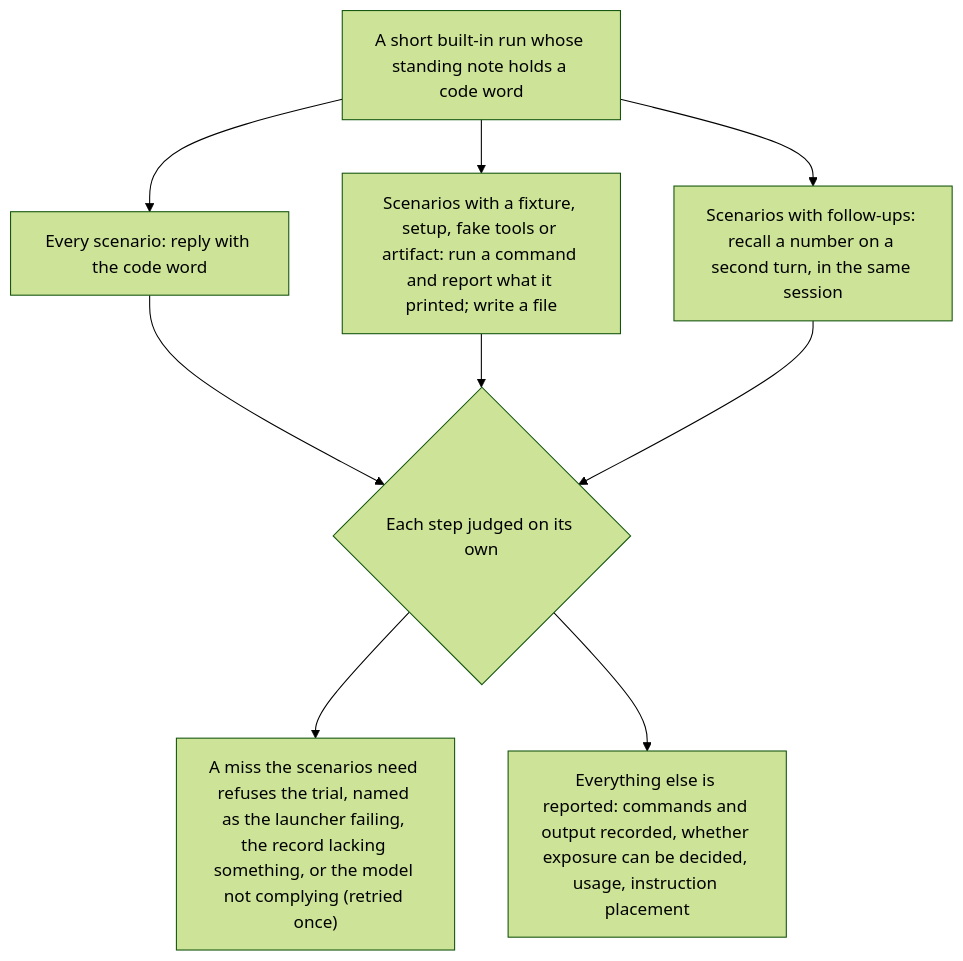
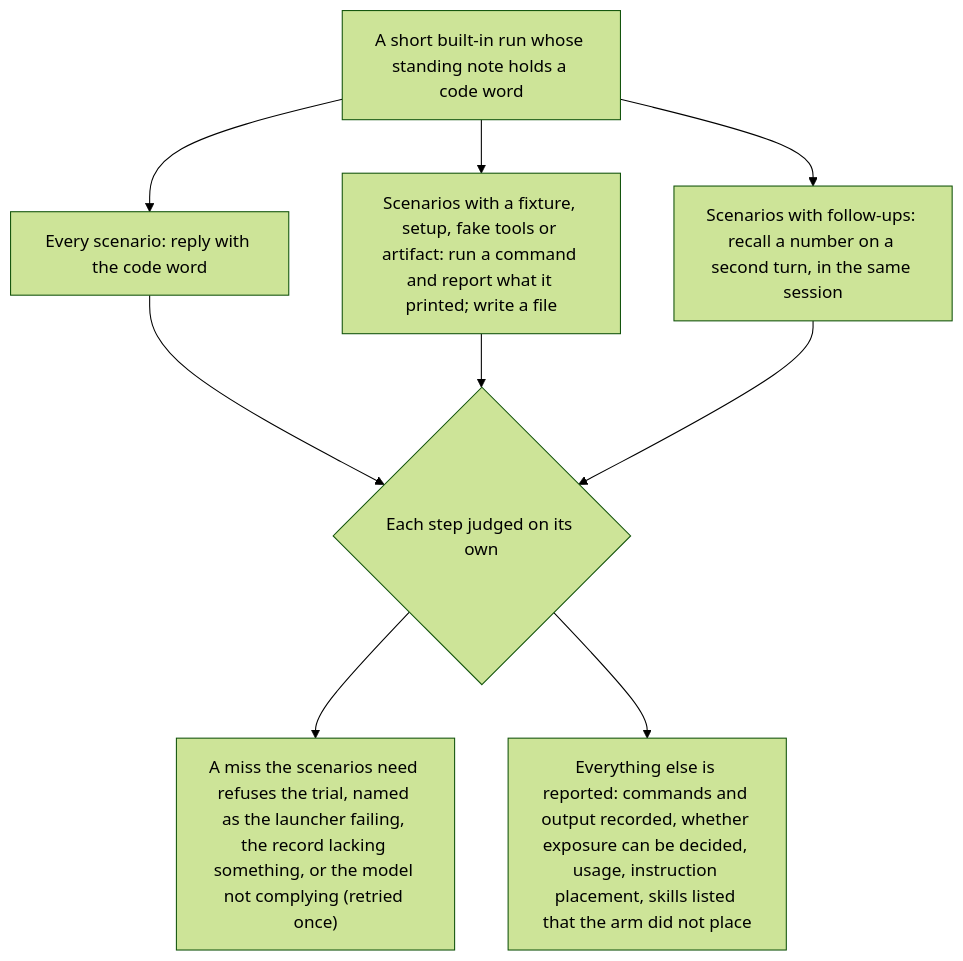
Before and after one commit to DevGuyRash/agent-tooling: the fourth of 4 diagrams in plugins/agentic-design-and-evaluation/skills/split-testing/references/launching.md, drawn with Mermaid (forest theme). The commit also changed other lines of this file and 4 other files, not shown here.

First line of the commit message:
feat(agentic-design-and-evaluation): the probe names listed skills the arm did not place, and copied logins' account resources are a stated limit

````diff
--- a/plugins/agentic-design-and-evaluation/skills/split-testing/references/launching.md
+++ b/plugins/agentic-design-and-evaluation/skills/split-testing/references/launching.md
@@ -162,11 +162,11 @@
 ```mermaid
 flowchart TD
   P["A short built-in run whose standing note holds a code word"] --> A["Every scenario: reply with the code word"]
   P --> B["Scenarios with a fixture, setup, fake tools or artifact: run a command and report what it printed; write a file"]
   P --> C["Scenarios with follow-ups: recall a number on a second turn, in the same session"]
   A --> V{"Each step judged on its own"}
   B --> V
   C --> V
   V --> F["A miss the scenarios need refuses the trial, named as the launcher failing, the record lacking something, or the model not complying (retried once)"]
-  V --> N["Everything else is reported: commands and output recorded, whether exposure can be decided, usage, instruction placement"]
+  V --> N["Everything else is reported: commands and output recorded, whether exposure can be decided, usage, instruction placement, skills listed that the arm did not place"]
 ```
````
